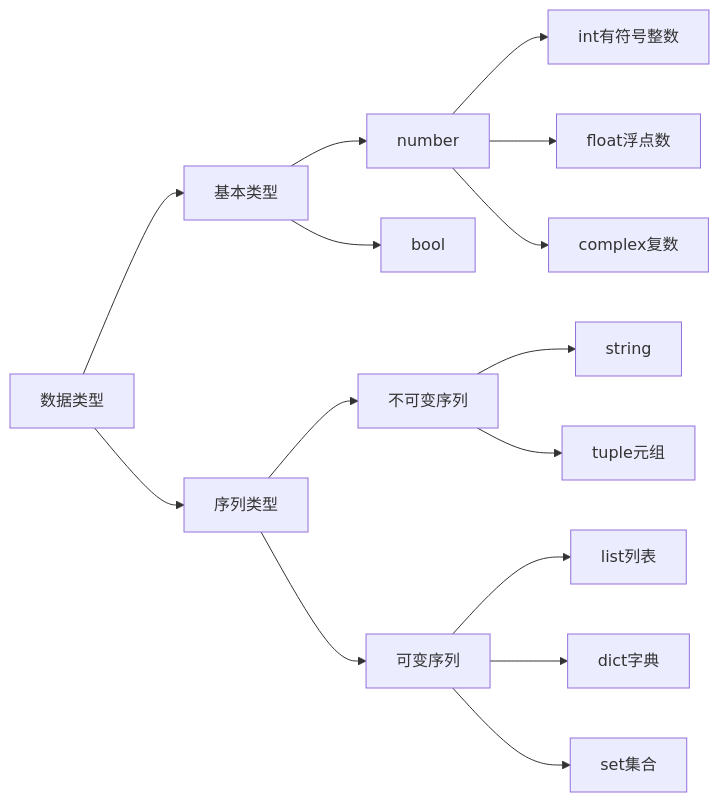
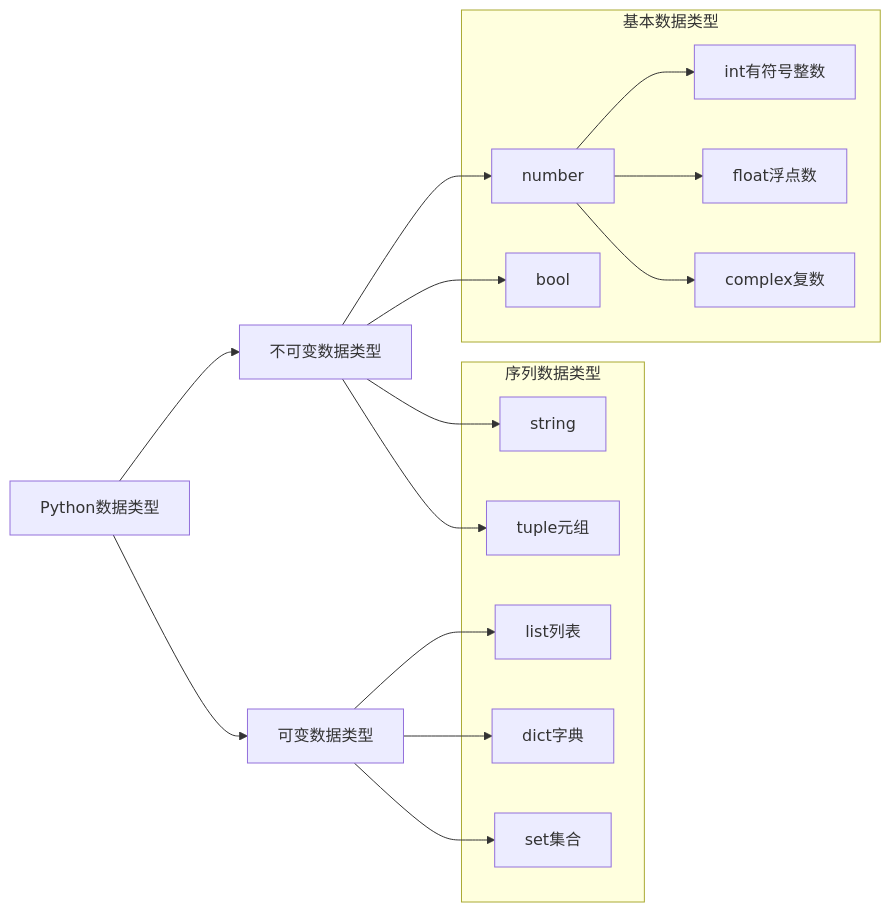
Before and after one commit to hughxusu/lesson-py: the diagram in b-basic/1-变量.md, drawn with Mermaid. The commit also changed other lines of this file and 1 other file, not shown here.

````diff
--- a/b-basic/1-变量.md
+++ b/b-basic/1-变量.md
@@ -103,18 +96,30 @@
 ```mermaid
 graph LR
-数据类型-->基本类型
-基本类型-->number
-基本类型-->bool
+Python数据类型-->不可变数据类型
+不可变数据类型-->number
+不可变数据类型-->bool
 number-->int有符号整数
 number-->float浮点数
 number-->complex复数
-数据类型-->序列类型
-序列类型-->不可变序列
-序列类型-->可变序列
-不可变序列-->string
-不可变序列-->tuple元组
-可变序列-->list列表
-可变序列-->dict字典
-可变序列-->set集合
+Python数据类型-->可变数据类型
+不可变数据类型-->string
+不可变数据类型-->tuple元组
+可变数据类型-->list列表
+可变数据类型-->dict字典
+可变数据类型-->set集合
+subgraph 序列数据类型
+string
+tuple元组
+list列表
+dict字典
+set集合
+end
+subgraph 基本数据类型
+number
+bool
+int有符号整数
+float浮点数
+complex复数
+end
 
 ```
````
